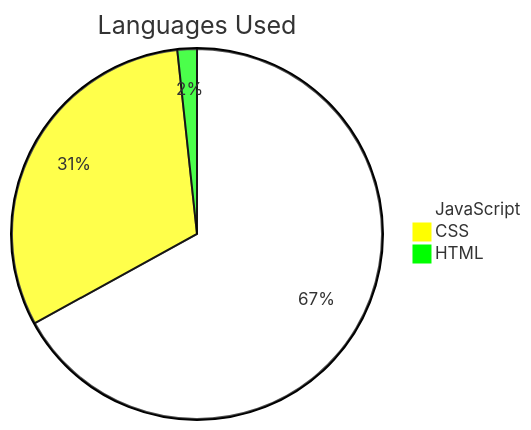
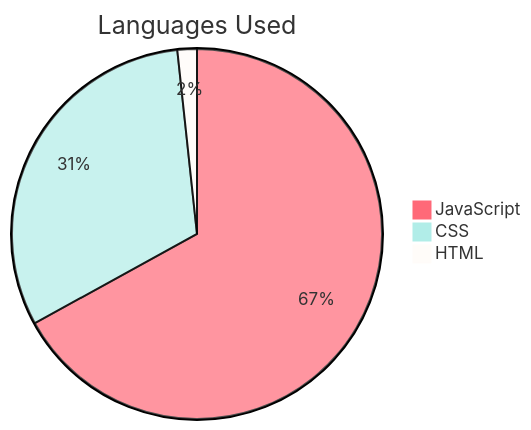
Before and after one commit to Bahare09/team-game-rock-paper-scissors: the diagram in README.md, drawn with Mermaid.

````diff
--- a/README.md
+++ b/README.md
@@ -56,9 +56,9 @@
 ```mermaid
-%%{init: {'theme': 'base', 'themeVariables': { 'pie1': '#FFFFFF', 'pie2': '#FFFF00', 'pie3': '#00FF00'}}}%%
+%%{init: {'theme': 'base', 'themeVariables': { 'pie1': '#ff6978', 'pie2': '#b1ede8', 'pie3': '#fffcf9'}}}%%
 
 pie
     title Languages Used
     "JavaScript" : 67
     "CSS" : 31.3
     "HTML" : 1.7
 ```
````
